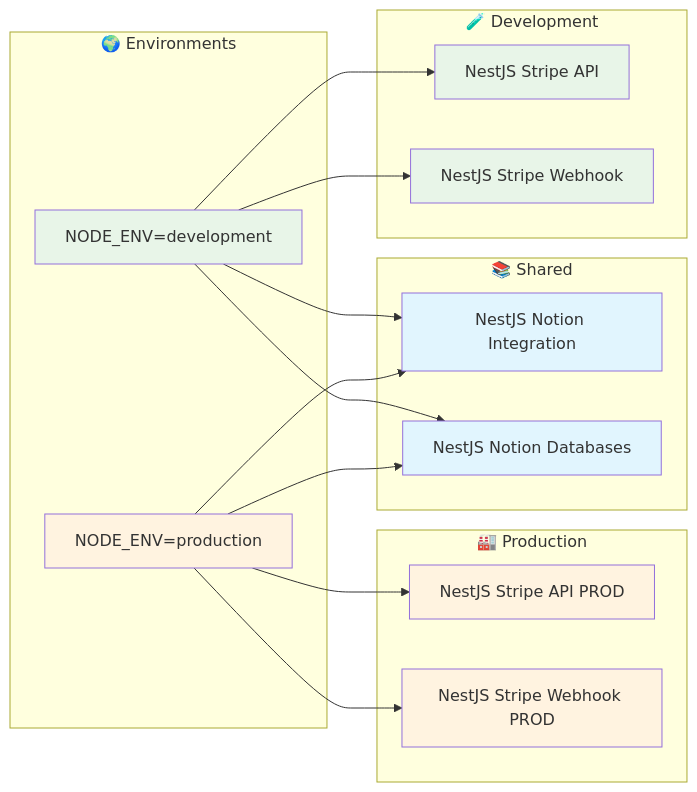
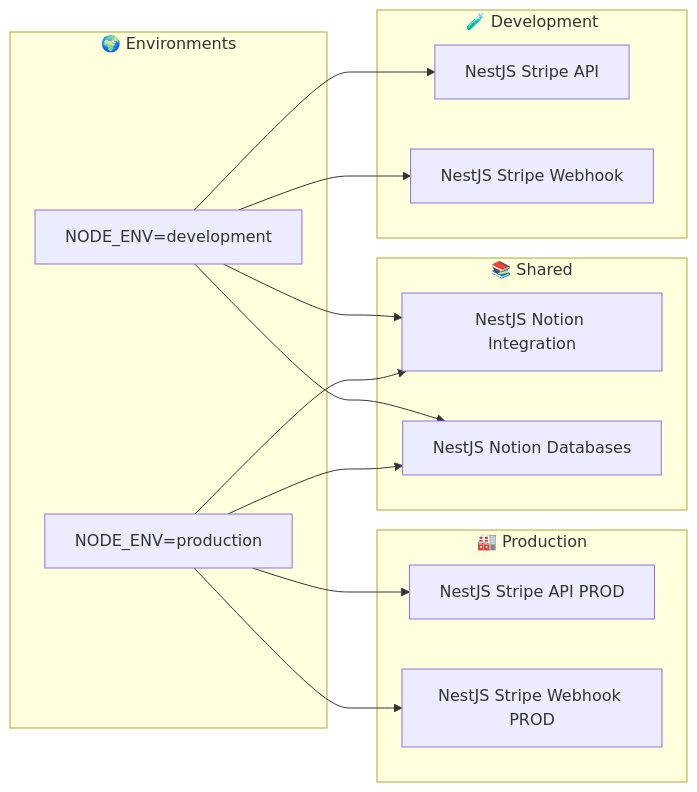
Before and after one commit to Robbyfuu/nestjs-stripe-notion-automation: the fifth of 7 diagrams in docs/ARCHITECTURE.md, drawn with Mermaid. The commit also changed other lines of this file and 14 other files, not shown here.

````diff
--- a/docs/ARCHITECTURE.md
+++ b/docs/ARCHITECTURE.md
@@ -203,40 +180,32 @@
 ```mermaid
 graph LR
     subgraph "🧪 Development"
         A[NestJS Stripe API]
         B[NestJS Stripe Webhook]
     end
     
     subgraph "🏭 Production"
         C[NestJS Stripe API PROD]
         D[NestJS Stripe Webhook PROD]
     end
     
     subgraph "📚 Shared"
         E[NestJS Notion Integration]
         F[NestJS Notion Databases]
     end
     
     subgraph "🌍 Environments"
         G[NODE_ENV=development]
         H[NODE_ENV=production]
     end
     
     G --> A
     G --> B
     G --> E
     G --> F
     
     H --> C
     H --> D
     H --> E
     H --> F
-    
-    classDef dev fill:#e8f5e8
-    classDef prod fill:#fff3e0
-    classDef shared fill:#e1f5fe
-    
-    class A,B,G dev
-    class C,D,H prod
-    class E,F shared
 ```
````
